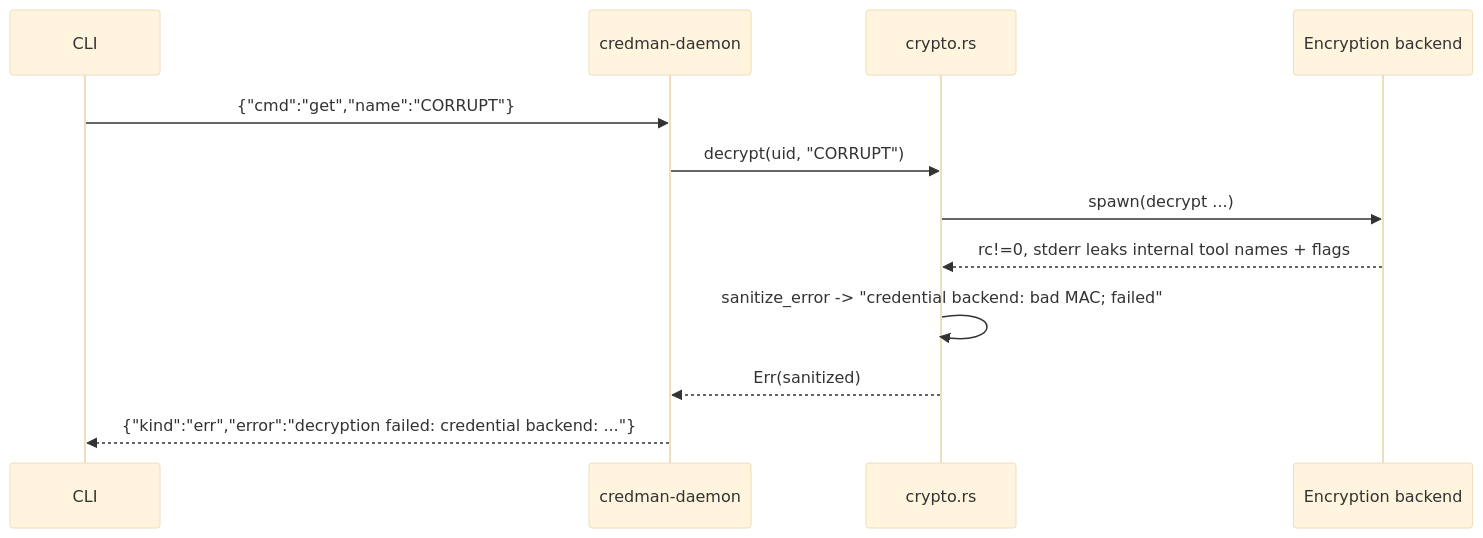
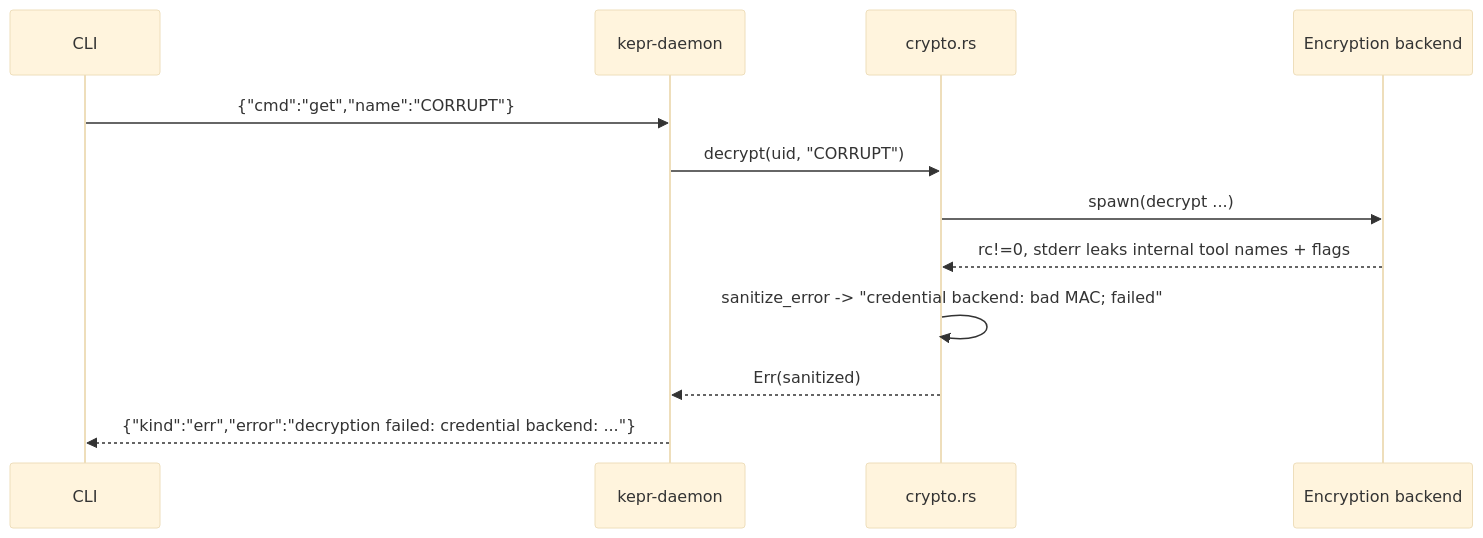
Before and after one commit to justdoGIT/kepr: the fifth of 5 diagrams in docs/content/docs/architecture/sequence-diagrams.mdx, drawn with Mermaid (base theme). The commit also changed other lines of this file and 14 other files, not shown here.

````diff
--- a/docs/content/docs/architecture/sequence-diagrams.mdx
+++ b/docs/content/docs/architecture/sequence-diagrams.mdx
@@ -126,15 +126,15 @@
 ```mermaid
 sequenceDiagram
     participant CLI
-    participant D as credman-daemon
+    participant D as kepr-daemon
     participant CR as crypto.rs
     participant BE as Encryption backend
 
     CLI->>D: {"cmd":"get","name":"CORRUPT"}
     D->>CR: decrypt(uid, "CORRUPT")
     CR->>BE: spawn(decrypt ...)
     BE-->>CR: rc!=0, stderr leaks internal tool names + flags
     CR->>CR: sanitize_error -> "credential backend: bad MAC#59; failed"
     CR-->>D: Err(sanitized)
     D-->>CLI: {"kind":"err","error":"decryption failed: credential backend: ..."}
 ```
````
